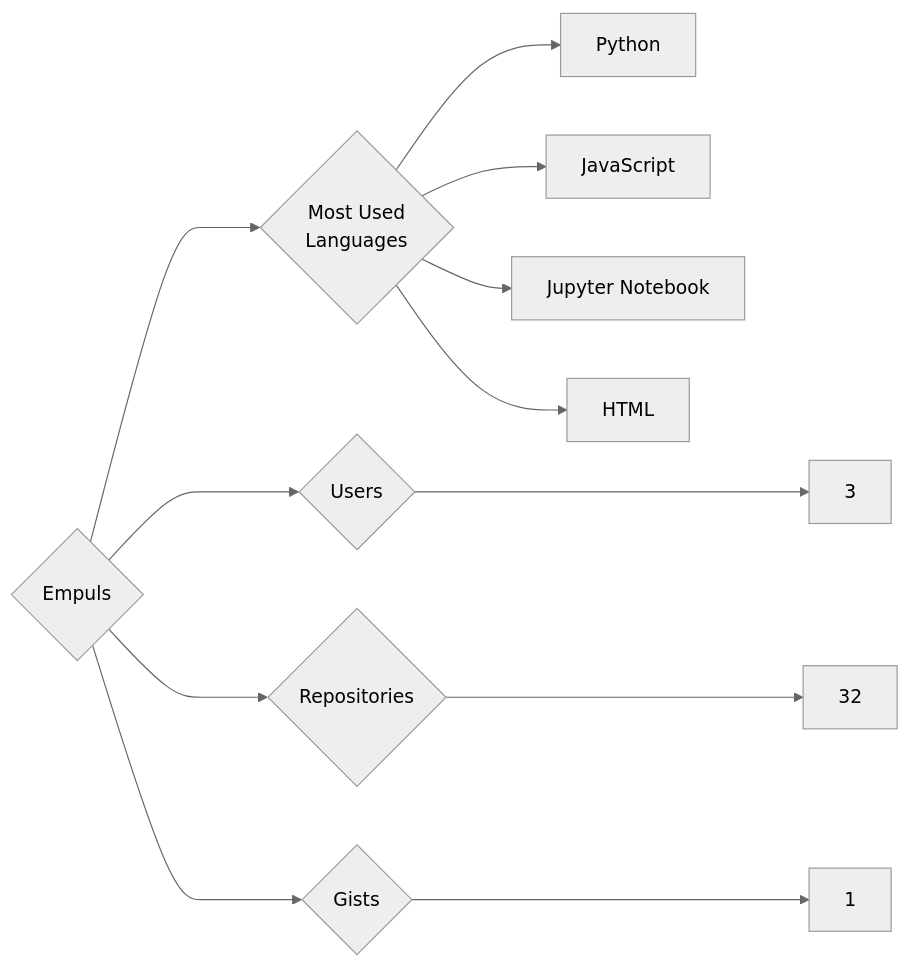
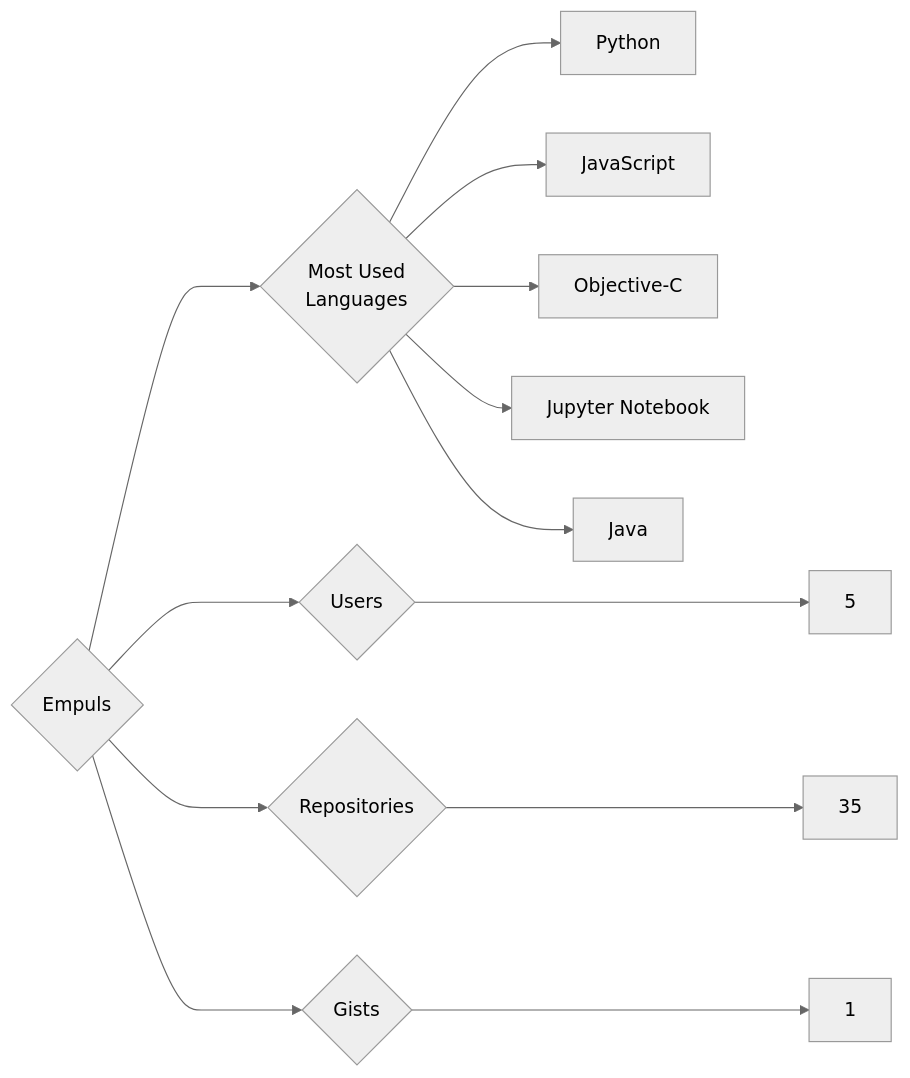
The diagram in targets/Empuls/README.md (trickest/insiders), drawn with Mermaid (neutral theme) before and after one commit. The commit also changed 1023 other files, not shown here.

````diff
--- a/targets/Empuls/README.md
+++ b/targets/Empuls/README.md
@@ -3,12 +3,13 @@
 ```mermaid
 graph LR
 COMPANY_NAME{Empuls}
-COMPANY_NAME ---> U{Users} ---> UN[3]
-COMPANY_NAME ---> R{Repositories} ---> RN[32]
+COMPANY_NAME ---> U{Users} ---> UN[5]
+COMPANY_NAME ---> R{Repositories} ---> RN[35]
 COMPANY_NAME ---> G{Gists} ---> GN[1]
 COMPANY_NAME ---> ML{Most Used<br>Languages}
 ML --> Python[Python]
 ML --> JavaScript[JavaScript]
+ML --> Objective-C[Objective-C]
 ML --> Jupyter_Notebook[Jupyter Notebook]
-ML --> HTML[HTML]
+ML --> Java[Java]
 ```
````
